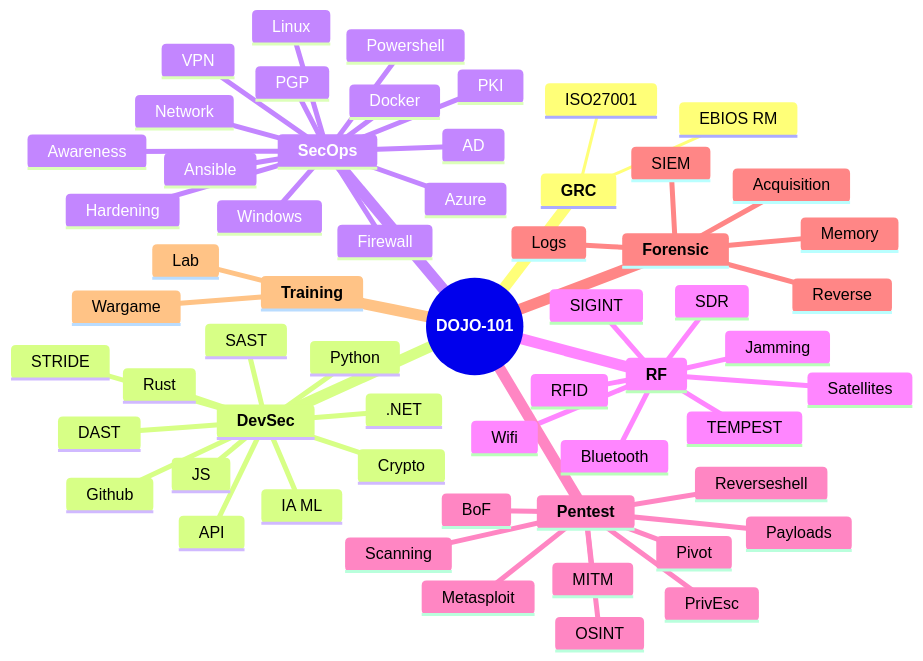
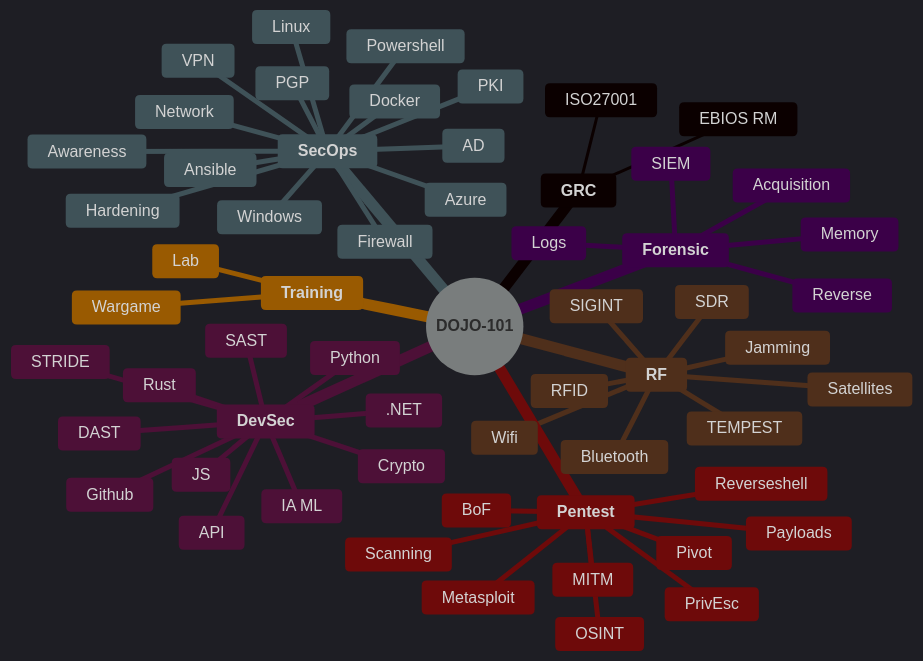
The diagram in README.md (Aif4thah/Dojo-101), drawn with Mermaid before and after one commit.

````diff
--- a/README.md
+++ b/README.md
@@ -26,70 +26,71 @@
 ```mermaid
+%%{ init: { "theme": "dark" } }%%
 mindmap
   root((**DOJO-101**))
 
       **GRC**
         ISO27001
         EBIOS RM
     
     **DevSec**
         Crypto
         Github
         IA ML
         SAST
         DAST
         STRIDE
         API
         Python
         .NET
         JS
         Rust
 
     **SecOps**
         Awareness
         Hardening
         Windows
         AD
         Linux
         Azure
         Docker
         Ansible
         Powershell
         Firewall
         VPN
         PKI
         PGP
         Network
 
     **RF**
         SDR
         TEMPEST
         SIGINT
         Wifi
         RFID
         Bluetooth
         Jamming
         Satellites
 
     **Pentest**
         OSINT
         Scanning
         Metasploit
         BoF
         MITM
         Payloads
         Reverseshell
         Pivot
         PrivEsc
 
     **Forensic**
         Acquisition
         Memory
         Reverse
         Logs
         SIEM
 
     **Training**
         Lab
         Wargame
 
 ```
````
